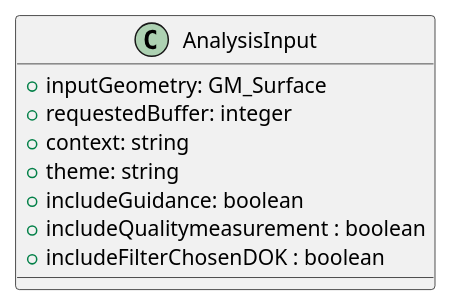
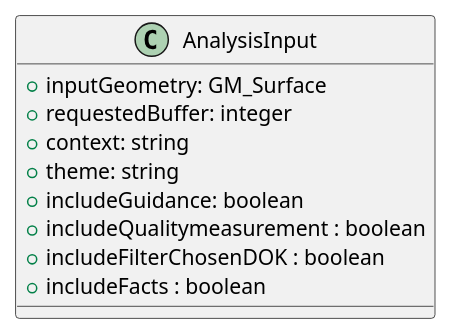
The diagram in schema/analysisinput.wsd (kartverket/DOK.Arealanalyse.spesifikasjon), drawn with PlantUML before and after one commit. The commit also changed 3 other files, not shown here.

Commit message:
add versjon 1 schema

```diff
--- a/schema/analysisinput.wsd
+++ b/schema/analysisinput.wsd
@@ -2,13 +2,14 @@
 @startuml AnalysisInput
 
 class AnalysisInput {
     +inputGeometry: GM_Surface
     +requestedBuffer: integer 
     +context: string
     +theme: string
     +includeGuidance: boolean
     +includeQualitymeasurement : boolean
     +includeFilterChosenDOK : boolean
+    +includeFacts : boolean
 }
 
 @enduml
```
